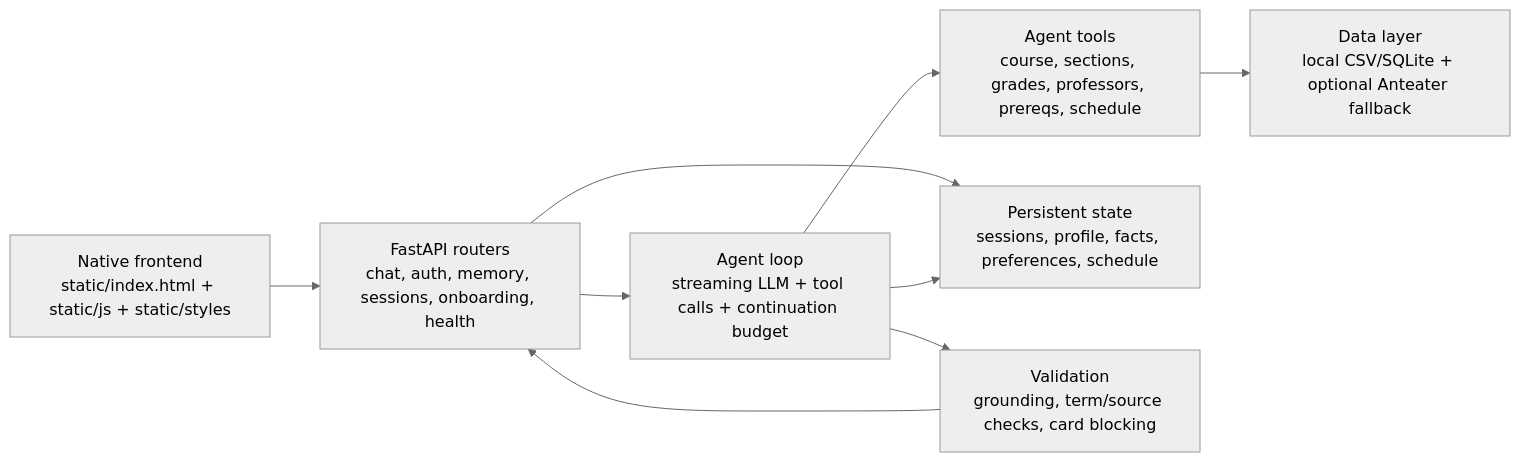
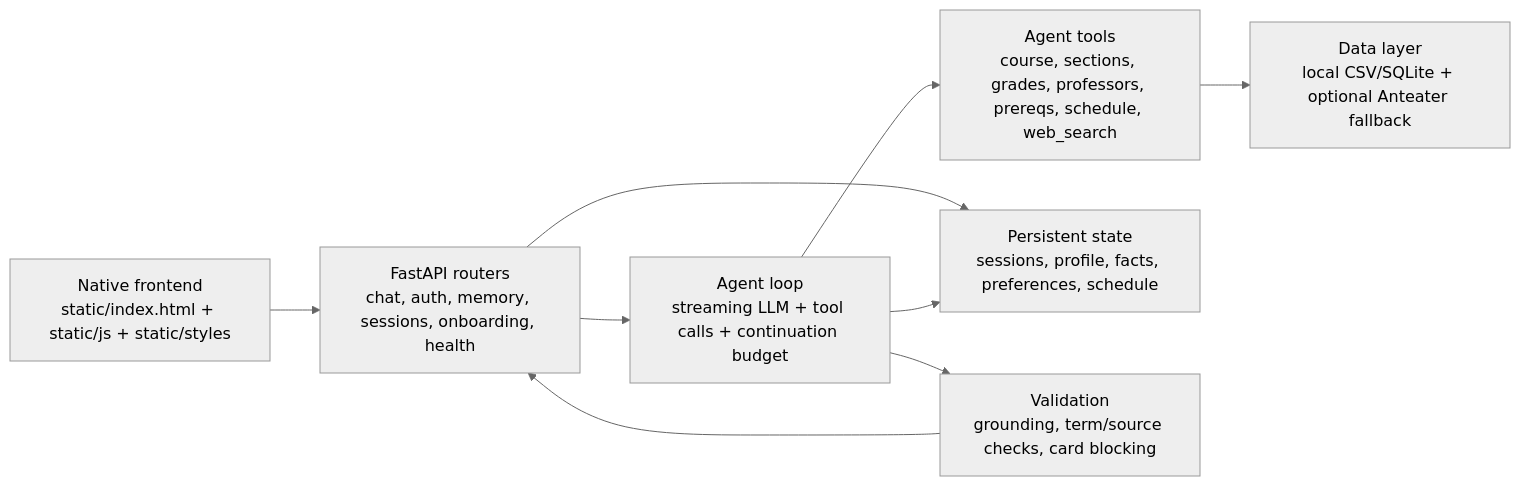
One commit to Haoqin-Wei/uci-course-advisor changed the diagram in README.md. Above: the diagram before and after it, drawn with Mermaid (neutral theme). The commit also changed other lines of this file and 14 other files, not shown here.

Commit message:
feat: add controlled web search evidence chain

````diff
--- a/README.md
+++ b/README.md
@@ -19,19 +20,19 @@
 ```mermaid
 flowchart LR
   Browser["Native frontend<br/>static/index.html + static/js + static/styles"]
   API["FastAPI routers<br/>chat, auth, memory, sessions, onboarding, health"]
   Agent["Agent loop<br/>streaming LLM + tool calls + continuation budget"]
-  Tools["Agent tools<br/>course, sections, grades, professors, prereqs, schedule"]
+  Tools["Agent tools<br/>course, sections, grades, professors, prereqs, schedule, web_search"]
   Data["Data layer<br/>local CSV/SQLite + optional Anteater fallback"]
   Memory["Persistent state<br/>sessions, profile, facts, preferences, schedule"]
   Validation["Validation<br/>grounding, term/source checks, card blocking"]
 
   Browser --> API
   API --> Agent
   Agent --> Tools
   Tools --> Data
   API --> Memory
   Agent --> Memory
   Agent --> Validation
   Validation --> API
 ```
````
